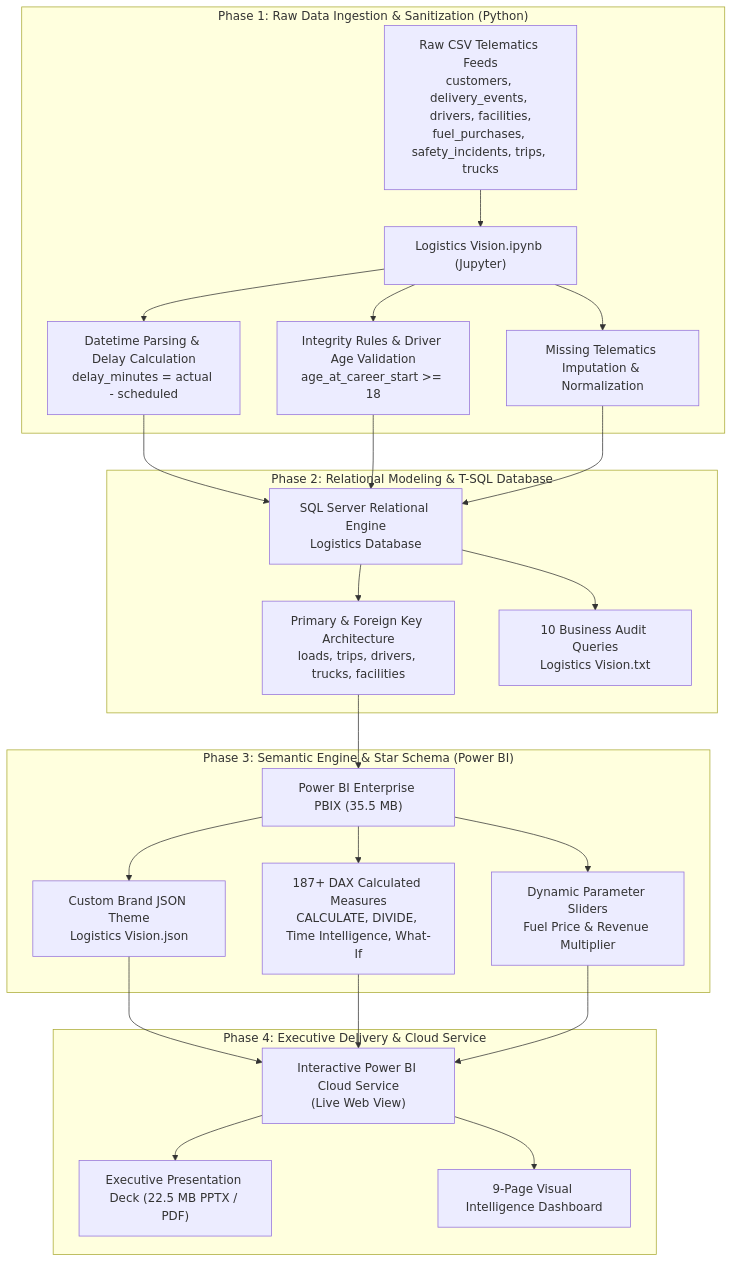
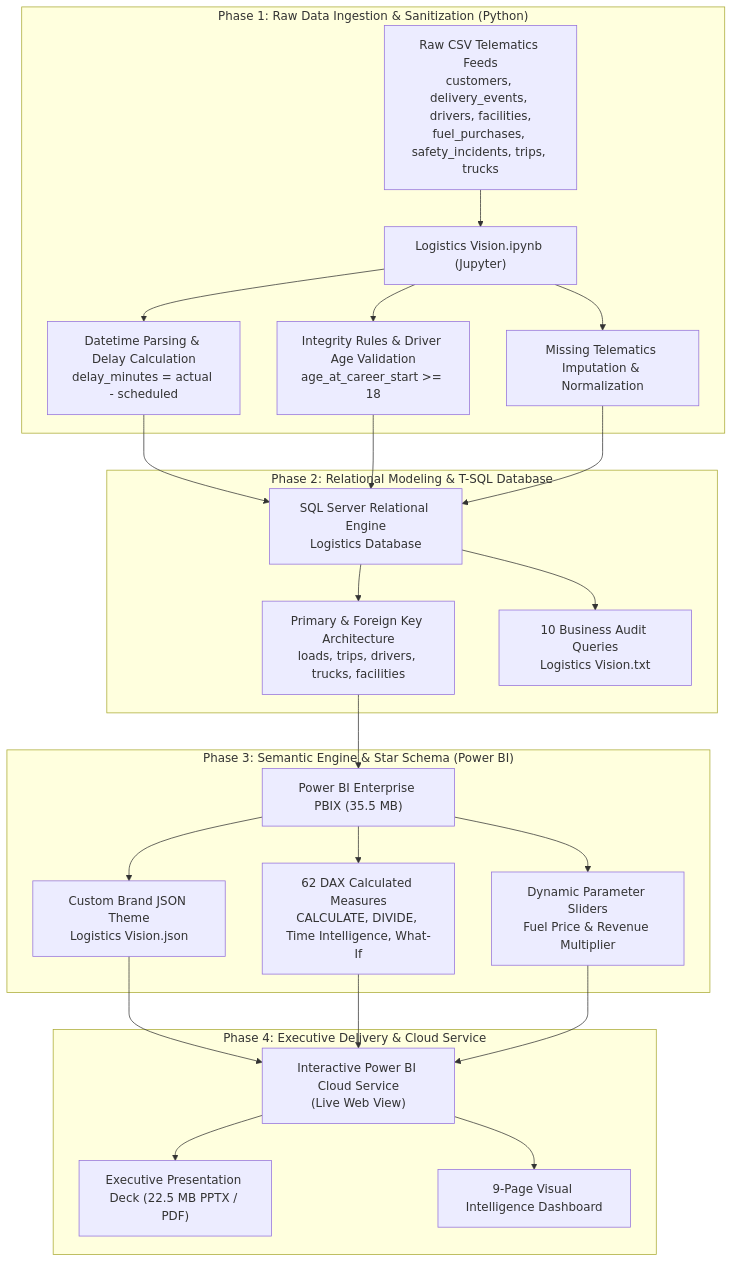
One commit to islamyasser424-design/Logistics-Vision changed the first of 2 diagrams in README.md. Above: the diagram before and after it, drawn with Mermaid. The commit also changed other lines of this file and 1 other file, not shown here.

Commit message:
docs: add standalone Python ETL pipeline script, deep data engineering documentation, and update DAX measure count to 62

````diff
--- a/README.md
+++ b/README.md
@@ -104,28 +105,28 @@
 ```mermaid
 flowchart TD
     subgraph S1["Phase 1: Raw Data Ingestion & Sanitization (Python)"]
         A1["Raw CSV Telematics Feeds<br/>customers, delivery_events, drivers, facilities,<br/>fuel_purchases, safety_incidents, trips, trucks"] --> B1["Logistics Vision.ipynb (Jupyter)"]
         B1 --> C1["Datetime Parsing & Delay Calculation<br/>delay_minutes = actual - scheduled"]
         B1 --> C2["Integrity Rules & Driver Age Validation<br/>age_at_career_start >= 18"]
         B1 --> C3["Missing Telematics Imputation & Normalization"]
     end
 
     subgraph S2["Phase 2: Relational Modeling & T-SQL Database"]
         C1 & C2 & C3 --> D1["SQL Server Relational Engine<br/>Logistics Database"]
         D1 --> E1["Primary & Foreign Key Architecture<br/>loads, trips, drivers, trucks, facilities"]
         D1 --> E2["10 Business Audit Queries<br/>Logistics Vision.txt"]
     end
 
     subgraph S3["Phase 3: Semantic Engine & Star Schema (Power BI)"]
         E1 --> F1["Power BI Enterprise PBIX (35.5 MB)"]
         F1 --> G1["Custom Brand JSON Theme<br/>Logistics Vision.json"]
-        F1 --> G2["187+ DAX Calculated Measures<br/>CALCULATE, DIVIDE, Time Intelligence, What-If"]
+        F1 --> G2["62 DAX Calculated Measures<br/>CALCULATE, DIVIDE, Time Intelligence, What-If"]
         F1 --> G3["Dynamic Parameter Sliders<br/>Fuel Price & Revenue Multiplier"]
     end
 
     subgraph S4["Phase 4: Executive Delivery & Cloud Service"]
         G1 & G2 & G3 --> H1["Interactive Power BI Cloud Service<br/>(Live Web View)"]
         H1 --> H2["Executive Presentation Deck (22.5 MB PPTX / PDF)"]
         H1 --> H3["9-Page Visual Intelligence Dashboard"]
     end
 ```
````
